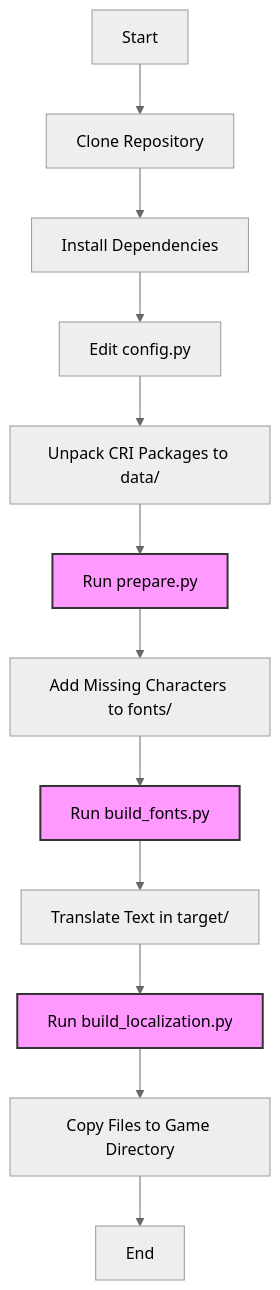
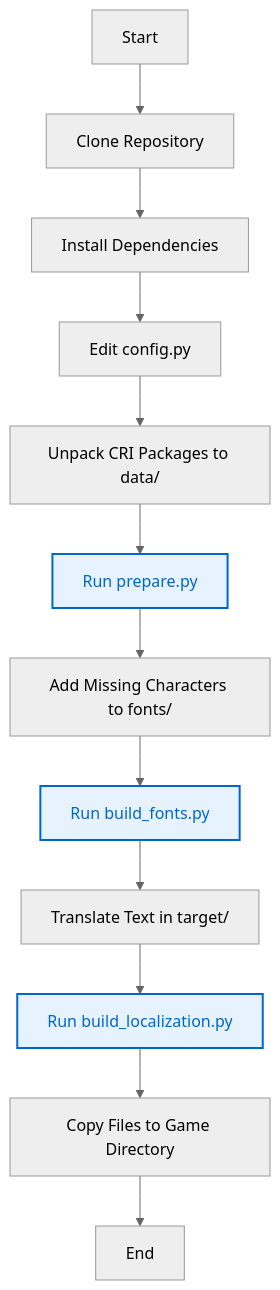
The first of 4 diagrams in README.md (ModzabazeR/nier_automata_localization_refined), drawn with Mermaid (neutral theme) before and after one commit.

Commit message:
edit flowchart styling

````diff
--- a/README.md
+++ b/README.md
@@ -75,18 +75,18 @@
 ```mermaid
 flowchart TD
     A[Start] --> B[Clone Repository]
     B --> C[Install Dependencies]
     C --> D[Edit config.py]
     D --> E[Unpack CRI Packages to data/]
     E --> F[Run prepare.py]
     F --> G[Add Missing Characters to fonts/]
     G --> H[Run build_fonts.py]
     H --> I[Translate Text in target/]
     I --> J[Run build_localization.py]
     J --> K[Copy Files to Game Directory]
     K --> L[End]
     
-    style F fill:#f9f,stroke:#333,stroke-width:2px
-    style H fill:#f9f,stroke:#333,stroke-width:2px
-    style J fill:#f9f,stroke:#333,stroke-width:2px
+    style F fill:#e6f3ff,stroke:#0066cc,stroke-width:2px,color:#0066cc
+    style H fill:#e6f3ff,stroke:#0066cc,stroke-width:2px,color:#0066cc
+    style J fill:#e6f3ff,stroke:#0066cc,stroke-width:2px,color:#0066cc
 ```
````
